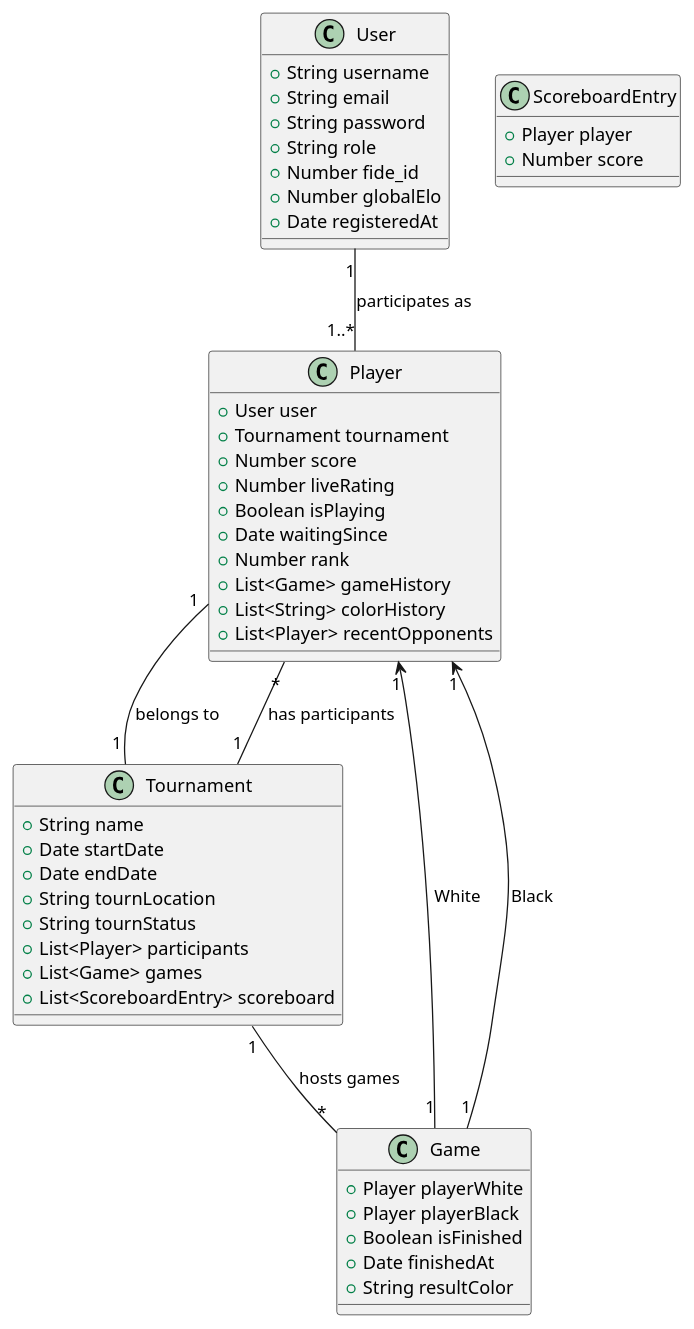
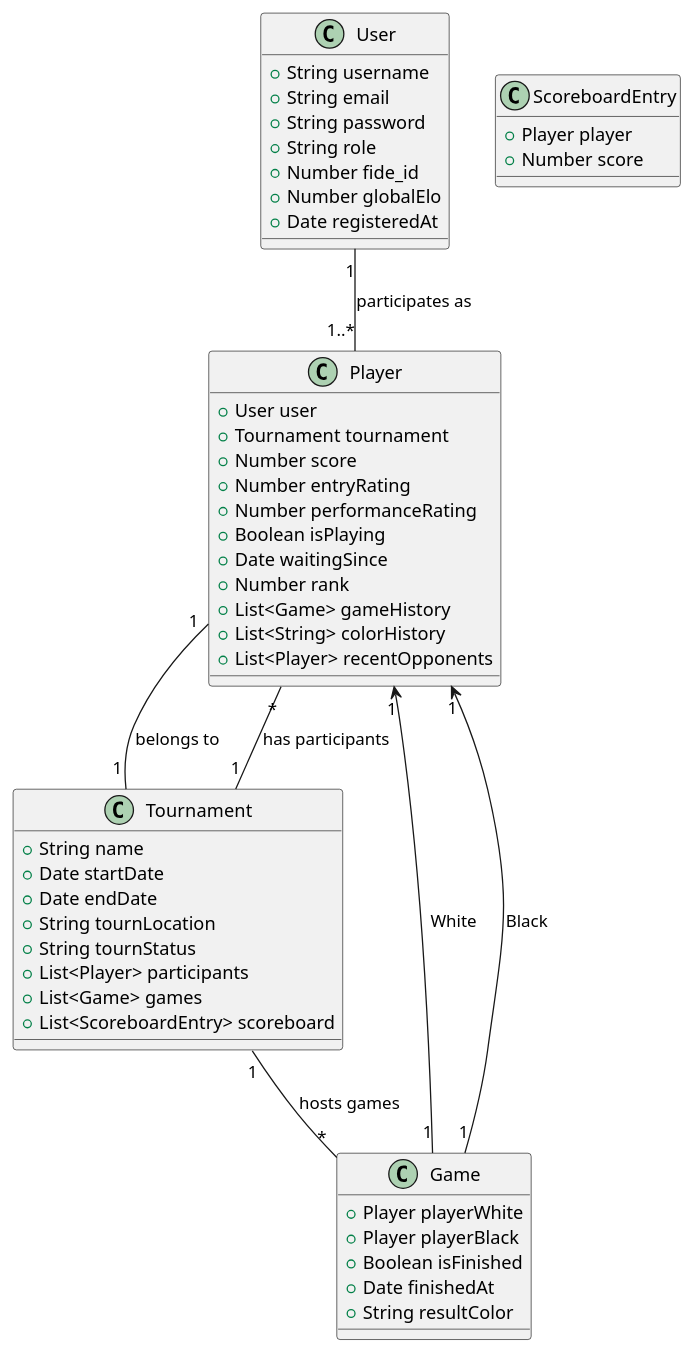
Before and after one commit to geokoko/NTUArena: the diagram in docs/diagrams/plantuml/class_diagram.puml, drawn with PlantUML. The commit also changed 11 other files, not shown here.

Commit message:
Drop redundant liveRating from Player schema and serializers

```diff
--- a/docs/diagrams/plantuml/class_diagram.puml
+++ b/docs/diagrams/plantuml/class_diagram.puml
@@ -1,56 +1,57 @@
 @startuml
 class User {
   +String username
   +String email
   +String password
   +String role
   +Number fide_id
   +Number globalElo
   +Date registeredAt
 }
 
 class Player {
   +User user
   +Tournament tournament
   +Number score
-  +Number liveRating
+  +Number entryRating
+  +Number performanceRating
   +Boolean isPlaying
   +Date waitingSince
   +Number rank
   +List<Game> gameHistory
   +List<String> colorHistory
   +List<Player> recentOpponents
 }
 
 class Tournament {
   +String name
   +Date startDate
   +Date endDate
   +String tournLocation
   +String tournStatus
   +List<Player> participants
   +List<Game> games
   +List<ScoreboardEntry> scoreboard
 }
 
 class Game {
   +Player playerWhite
   +Player playerBlack
   +Boolean isFinished
   +Date finishedAt
   +String resultColor
 }
 
 class ScoreboardEntry {
   +Player player
   +Number score
 }
 
 User "1" -- "1..*" Player : participates as
 Player "1" -- "1" Tournament : belongs to
 Tournament "1" -- "*" Player : has participants
 Tournament "1" -- "*" Game : hosts games
 Game "1" --> "1" Player : White
 Game "1" --> "1" Player : Black
 
 @enduml
```
